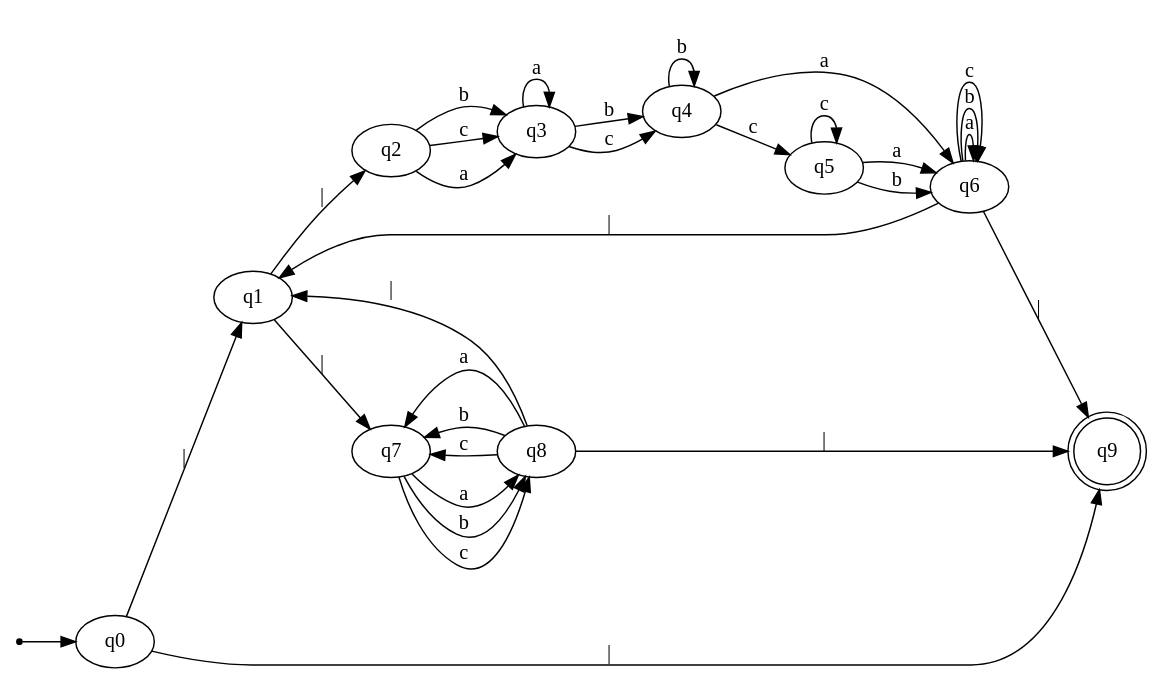
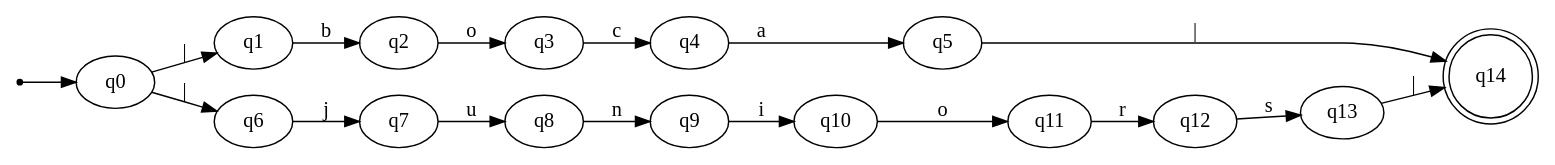
One commit to eabalestra/nondeterministic-finite-automaton changed the diagram in example-automatons/automata_dfa.dot. Above: the diagram before and after it, drawn with Graphviz. The commit also changed 5 other files, not shown here.

```diff
--- a/example-automatons/automata_dfa.dot
+++ b/example-automatons/automata_dfa.dot
@@ -1,38 +1,24 @@
 digraph{
     rankdir=LR;
     inic[shape=point];
 
     inic->q0;
 
     q0->q1 [label="|"]
-    q0->q9 [label="|"]
-    q1->q2 [label="|"]
-    q1->q7 [label="|"]
-    q2->q3 [label="a"]
-    q2->q3 [label="b"]
-    q2->q3 [label="c"]
-    q3->q3 [label="a"]
-    q3->q4 [label="b"]
+    q0->q6 [label="|"]
+    q1->q2 [label="b"]
+    q2->q3 [label="o"]
     q3->q4 [label="c"]
-    q4->q6 [label="a"]
-    q4->q4 [label="b"]
-    q4->q5 [label="c"]
-    q5->q6 [label="a"]
-    q5->q6 [label="b"]
-    q5->q5 [label="c"]
-    q6->q6 [label="a"]
-    q6->q6 [label="b"]
-    q6->q6 [label="c"]
-    q6->q1 [label="|"]
-    q6->q9 [label="|"]
-    q7->q8 [label="a"]
-    q7->q8 [label="b"]
-    q7->q8 [label="c"]
-    q8->q7 [label="a"]
-    q8->q7 [label="b"]
-    q8->q7 [label="c"]
-    q8->q1 [label="|"]
-    q8->q9 [label="|"]
+    q4->q5 [label="a"]
+    q5->q14 [label="|"]
+    q6->q7 [label="j"]
+    q7->q8 [label="u"]
+    q8->q9 [label="n"]
+    q9->q10 [label="i"]
+    q10->q11 [label="o"]
+    q11->q12 [label="r"]
+    q12->q13 [label="s"]
+    q13->q14 [label="|"]
 
-    q9[shape=doublecircle]
+    q14[shape=doublecircle]
 }
```
